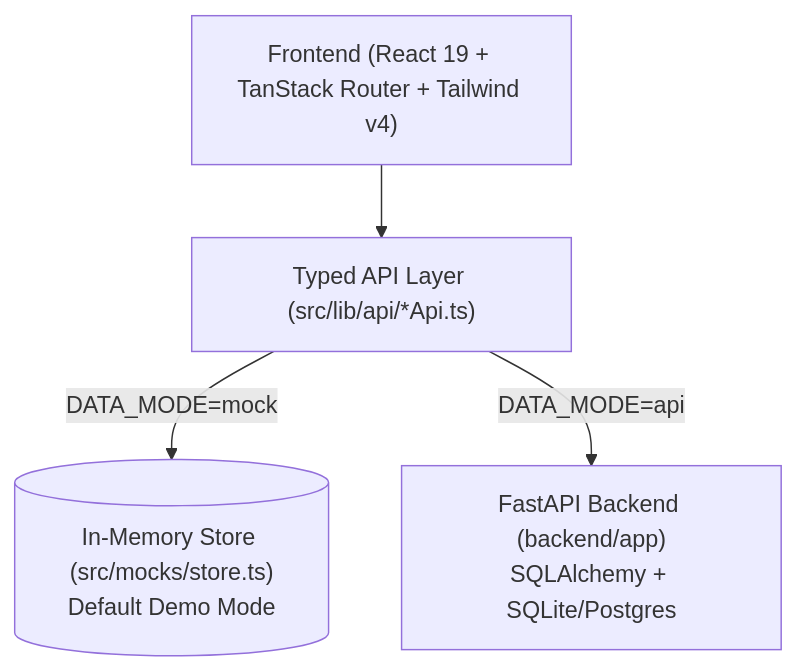
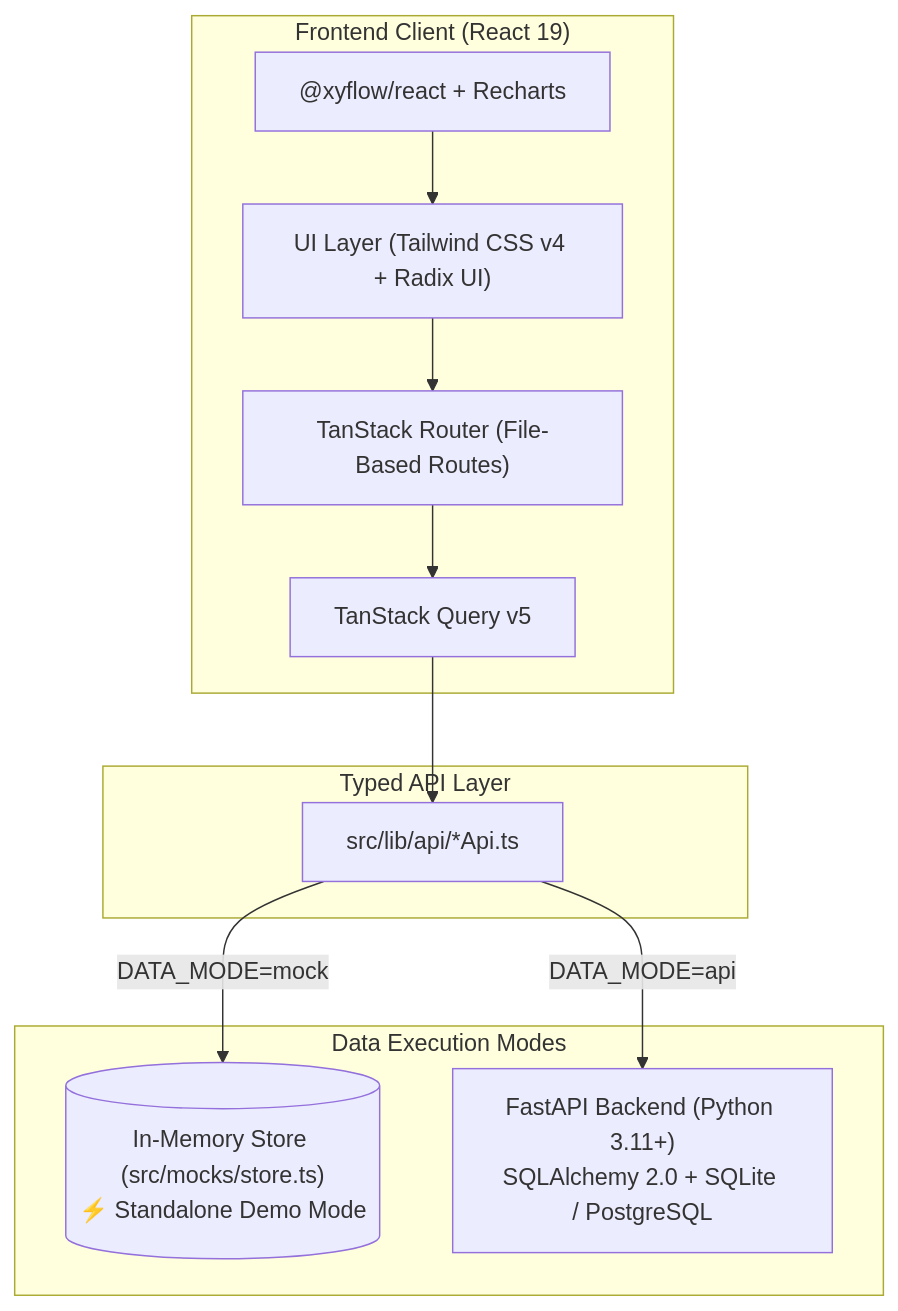
The diagram in README.md (DevN5197/RippleM26), drawn with Mermaid before and after one commit. The commit also changed other lines of this file, not shown here.

````diff
--- a/README.md
+++ b/README.md
@@ -59,11 +110,25 @@
 ```mermaid
 graph TD
-    Client["Frontend (React 19 + TanStack Router + Tailwind v4)"]
-    APIClient["Typed API Layer (src/lib/api/*Api.ts)"]
-    MockStore[("In-Memory Store (src/mocks/store.ts)\nDefault Demo Mode")]
-    FastAPI["FastAPI Backend (backend/app)\nSQLAlchemy + SQLite/Postgres"]
+    subgraph Frontend["Frontend Client (React 19)"]
+        UI["UI Layer (Tailwind CSS v4 + Radix UI)"]
+        Router["TanStack Router (File-Based Routes)"]
+        Graphs["@xyflow/react + Recharts"]
+        Query["TanStack Query v5"]
+    end
 
-    Client --> APIClient
+    subgraph DataLayer["Typed API Layer"]
+        APIClient["src/lib/api/*Api.ts"]
+    end
+
+    subgraph Backends["Data Execution Modes"]
+        MockStore[("In-Memory Store (src/mocks/store.ts)\n⚡ Standalone Demo Mode")]
+        FastAPI["FastAPI Backend (Python 3.11+)\nSQLAlchemy 2.0 + SQLite / PostgreSQL"]
+    end
+
+    UI --> Router
+    Router --> Query
+    Query --> APIClient
+    Graphs --> UI
     APIClient -->|DATA_MODE=mock| MockStore
     APIClient -->|DATA_MODE=api| FastAPI
 ```
````
